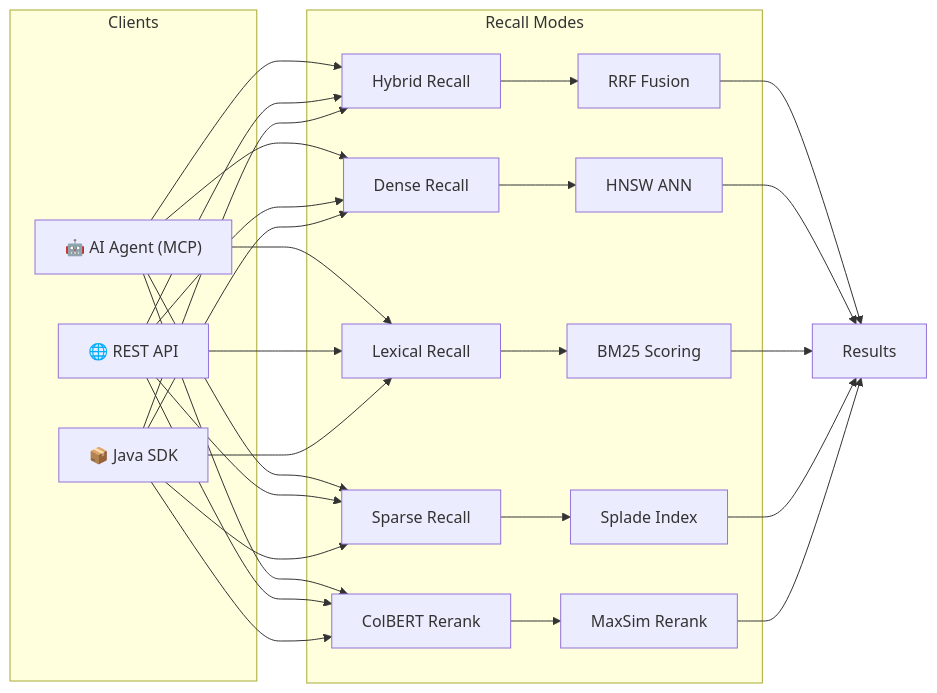
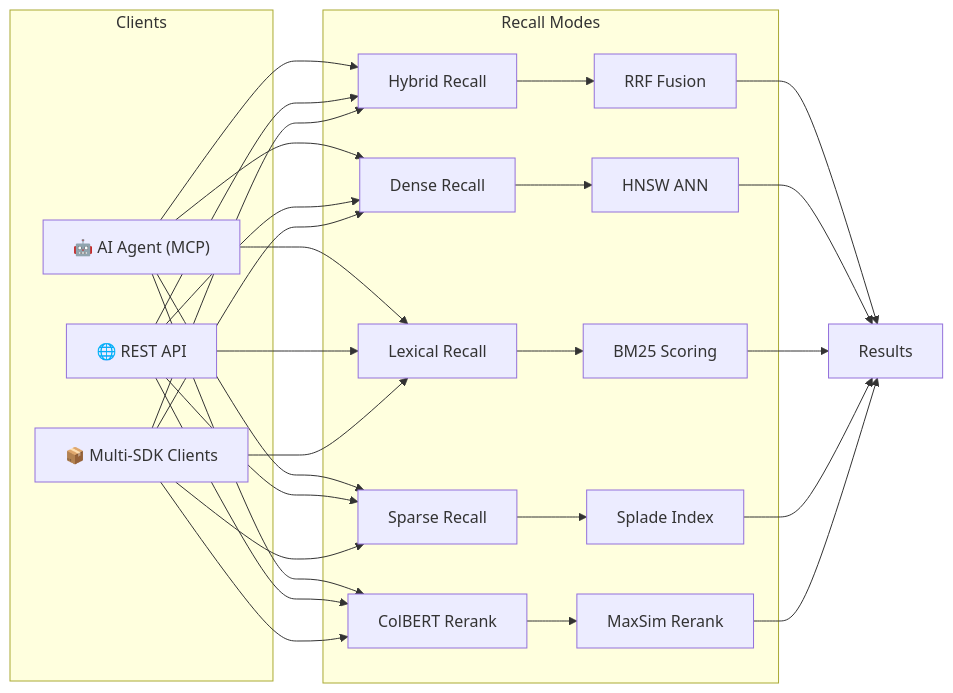
The diagram in docs/docs/about.md (spectrayan/spector), drawn with Mermaid before and after one commit. The commit also changed other lines of this file and 8 other files, not shown here.

First line of the commit message:
docs: overhaul landing page, multi-SDK quick connect, and 37-tool MCP registry

````diff
--- a/docs/docs/about.md
+++ b/docs/docs/about.md
@@ -20,20 +20,20 @@
 ```mermaid
 graph LR
     subgraph Clients
         MCP["🤖 AI Agent (MCP)"]
         REST["🌐 REST API"]
-        SDK["📦 Java SDK"]
+        SDK["📦 Multi-SDK Clients"]
     end
     
     subgraph Recall Modes
         HYBRID[Hybrid Recall] --> D[RRF Fusion]
         VECTOR[Dense Recall] --> E[HNSW ANN]
         KEYWORD[Lexical Recall] --> F[BM25 Scoring]
         SPLADE[Sparse Recall] --> G[Splade Index]
         COLBERT[ColBERT Rerank] --> H[MaxSim Rerank]
     end
     
     D & E & F & G & H --> Results[Results]
     
     MCP & REST & SDK --> HYBRID & VECTOR & KEYWORD & SPLADE & COLBERT
 ```
````
